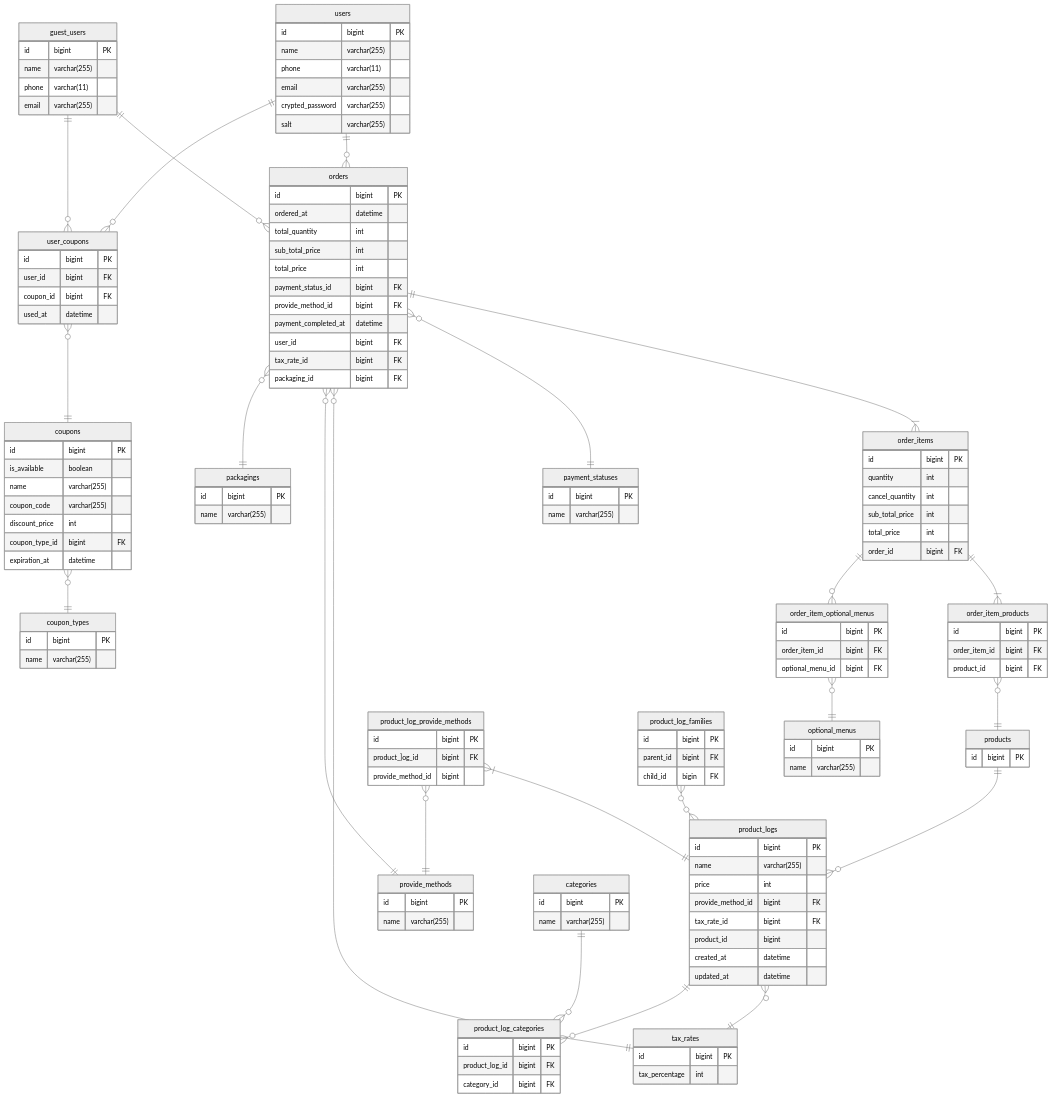
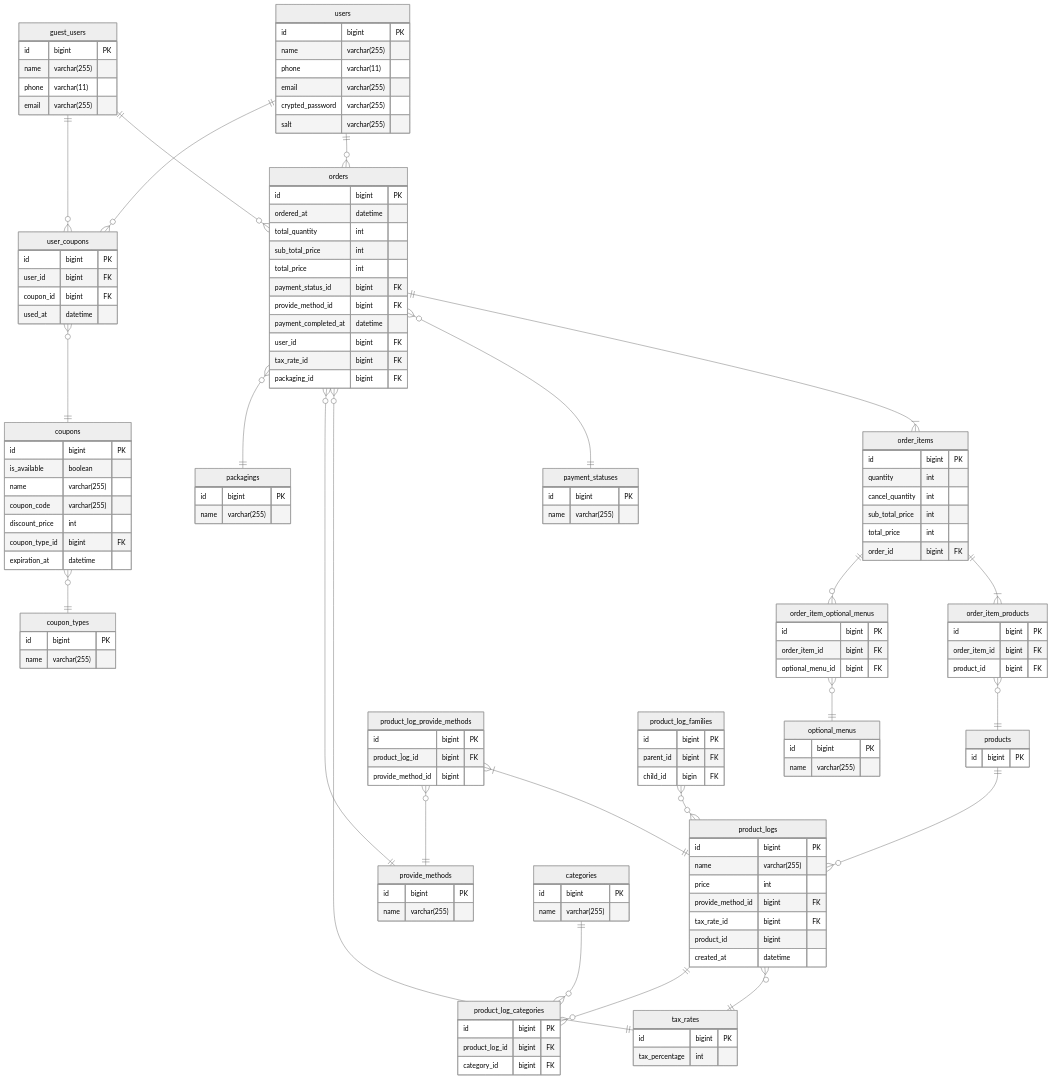
Before and after one commit to praha-inc/praha-challenge-7: the diagram in LUpCvstQOssJiN/database_design/db_modeling_1/part_3/order_er_diagram.mmd, drawn with Mermaid (neutral theme).

Commit message:
Fix: remove updated_at

```diff
--- a/LUpCvstQOssJiN/database_design/db_modeling_1/part_3/order_er_diagram.mmd
+++ b/LUpCvstQOssJiN/database_design/db_modeling_1/part_3/order_er_diagram.mmd
@@ -1,160 +1,159 @@
 erDiagram
 
 users ||--o{ orders: ""
 orders ||--|{ order_items: ""
 orders }o--|| payment_statuses: ""
 orders }o--|| tax_rates: ""
 orders }o--|| provide_methods: ""
 orders }o--|| packagings: ""
 order_items ||--|{ order_item_products: ""
 order_items ||--o{ order_item_optional_menus: ""
 order_item_optional_menus }o--|| optional_menus: ""
 order_item_products }o--|| products: ""
 products ||--o{ product_logs: ""
 product_logs }o--|| tax_rates: ""
 product_log_provide_methods }|--|| product_logs: ""
 product_log_provide_methods }o--|| provide_methods: ""
 product_log_families }o--o{ product_logs: ""
 categories ||--o{ product_log_categories: ""
 product_logs ||--o{ product_log_categories: ""
 guest_users ||--o{ orders: ""
 users ||--o{ user_coupons: ""
 user_coupons }o--|| coupons: ""
 coupons }o--|| coupon_types: ""
 guest_users ||--o{ user_coupons: ""
 
 users {
   id bigint PK
   name varchar(255)
   phone varchar(11)
   email varchar(255)
   crypted_password varchar(255)
   salt varchar(255)
 }
 
 guest_users {
   id bigint PK
   name varchar(255)
   phone varchar(11)
   email varchar(255)
 }
 
 user_coupons {
   id bigint PK
   user_id bigint FK
   coupon_id bigint FK
   used_at datetime
 }
 
 coupons {
   id bigint PK
   is_available boolean
   name varchar(255)
   coupon_code varchar(255)
   discount_price int
   coupon_type_id bigint FK
   expiration_at datetime
 }
 
 coupon_types {
   id bigint PK
   name varchar(255)
 }
 
 orders {
   id bigint PK
   ordered_at datetime
   total_quantity int
   sub_total_price int
   total_price int
   payment_status_id bigint FK
   provide_method_id bigint FK
   payment_completed_at datetime
   user_id bigint FK
   tax_rate_id bigint FK
   packaging_id bigint FK
 }
 
 packagings {
   id bigint PK
   name varchar(255)
 }
 
 payment_statuses {
   id bigint PK
   name varchar(255)
 }
 
 order_items {
   id bigint PK
   quantity int
   cancel_quantity int
   sub_total_price int
   total_price int
   order_id bigint FK
 }
 
 order_item_optional_menus {
   id bigint PK
   order_item_id bigint FK
   optional_menu_id bigint FK
 }
 
 optional_menus {
   id bigint PK
   name varchar(255)
 }
 
 order_item_products {
   id bigint PK
   order_item_id bigint FK
   product_id bigint FK
 }
 
 products {
   id bigint PK
 }
 
 product_logs {
   id bigint PK
   name varchar(255)
   price int
   provide_method_id bigint FK
   tax_rate_id bigint FK
   product_id bigint
   created_at datetime
-  updated_at datetime
 }
 
 product_log_provide_methods {
   id bigint PK
   product_]og_id bigint FK
   provide_method_id bigint
 }
 
 product_log_families {
   id bigint PK
   parent_id bigint FK
   child_id bigin FK
 }
 
 provide_methods {
   id bigint PK
   name varchar(255)
 }
 
 product_log_categories {
   id bigint PK
   product_log_id bigint FK
   category_id bigint FK
 }
 
 categories {
   id bigint PK
   name varchar(255)
 }
 
 tax_rates {
   id bigint PK
   tax_percentage int
 }
```
